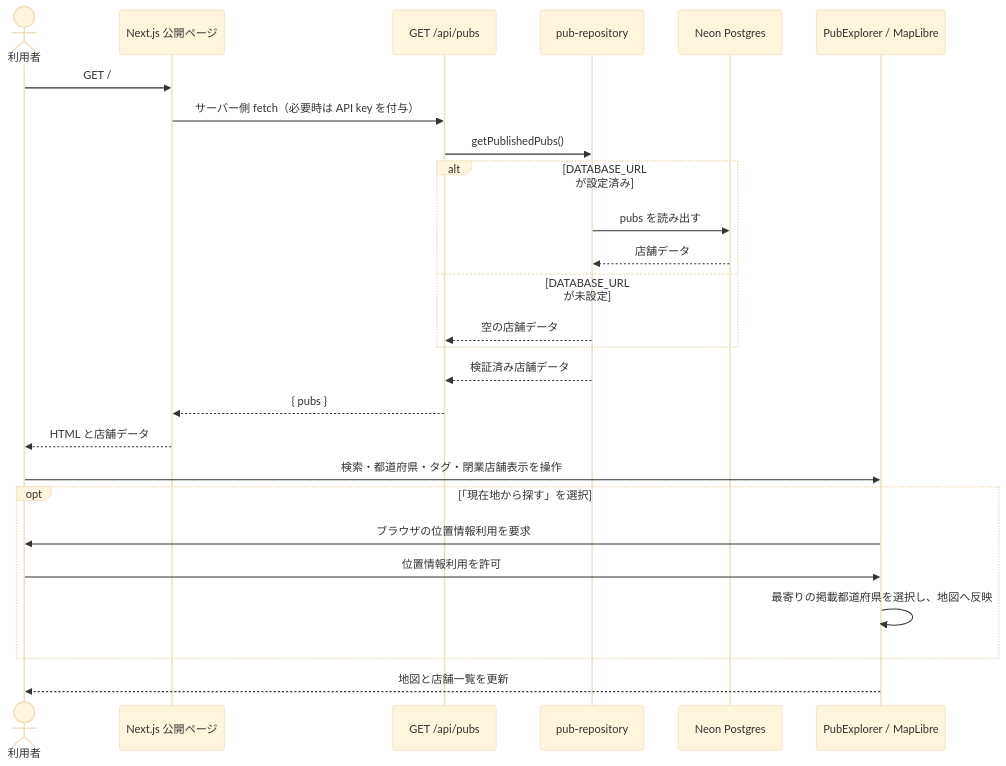
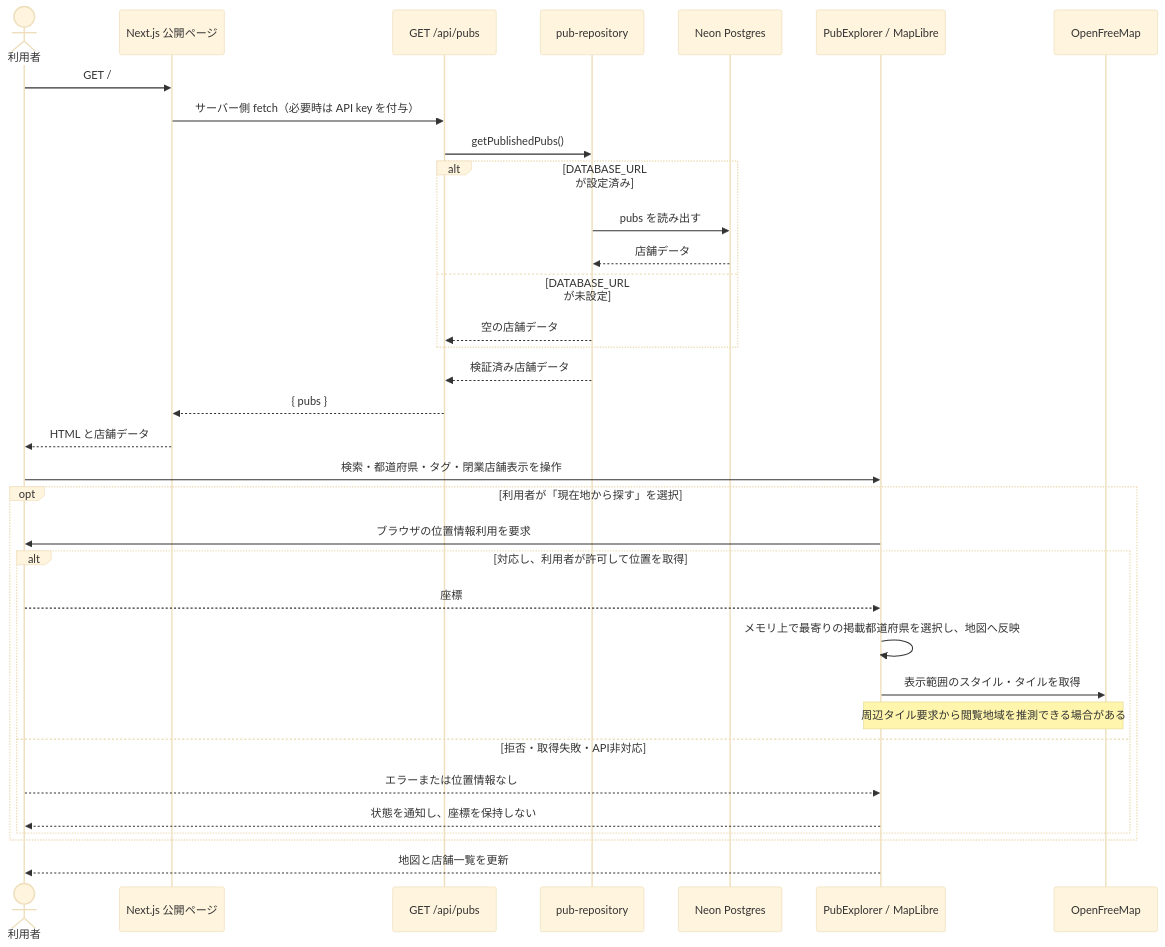
The first of 4 diagrams in docs/architecture/sequences.md (yusukefr/irishpub-map), drawn with Mermaid (base theme) before and after one commit. The commit also changed other lines of this file and 5 other files, not shown here.

Commit message:
docs: align architecture and test guidance for mobile prep

````diff
--- a/docs/architecture/sequences.md
+++ b/docs/architecture/sequences.md
@@ -5,29 +5,37 @@
 ```mermaid
 sequenceDiagram
   actor Visitor as 利用者
   participant Page as Next.js 公開ページ
   participant API as GET /api/pubs
   participant Repository as pub-repository
   participant Neon as Neon Postgres
   participant Explorer as PubExplorer / MapLibre
+  participant MapProvider as OpenFreeMap
 
   Visitor->>Page: GET /
   Page->>API: サーバー側 fetch（必要時は API key を付与）
   API->>Repository: getPublishedPubs()
   alt DATABASE_URL が設定済み
     Repository->>Neon: pubs を読み出す
     Neon-->>Repository: 店舗データ
   else DATABASE_URL が未設定
     Repository-->>API: 空の店舗データ
   end
   Repository-->>API: 検証済み店舗データ
   API-->>Page: { pubs }
   Page-->>Visitor: HTML と店舗データ
   Visitor->>Explorer: 検索・都道府県・タグ・閉業店舗表示を操作
-  opt 「現在地から探す」を選択
+  opt 利用者が「現在地から探す」を選択
     Explorer->>Visitor: ブラウザの位置情報利用を要求
-    Visitor->>Explorer: 位置情報利用を許可
-    Explorer->>Explorer: 最寄りの掲載都道府県を選択し、地図へ反映
+    alt 対応し、利用者が許可して位置を取得
+      Visitor-->>Explorer: 座標
+      Explorer->>Explorer: メモリ上で最寄りの掲載都道府県を選択し、地図へ反映
+      Explorer->>MapProvider: 表示範囲のスタイル・タイルを取得
+      Note over Explorer,MapProvider: 周辺タイル要求から閲覧地域を推測できる場合がある
+    else 拒否・取得失敗・API非対応
+      Visitor-->>Explorer: エラーまたは位置情報なし
+      Explorer-->>Visitor: 状態を通知し、座標を保持しない
+    end
   end
   Explorer-->>Visitor: 地図と店舗一覧を更新
 ```
````
